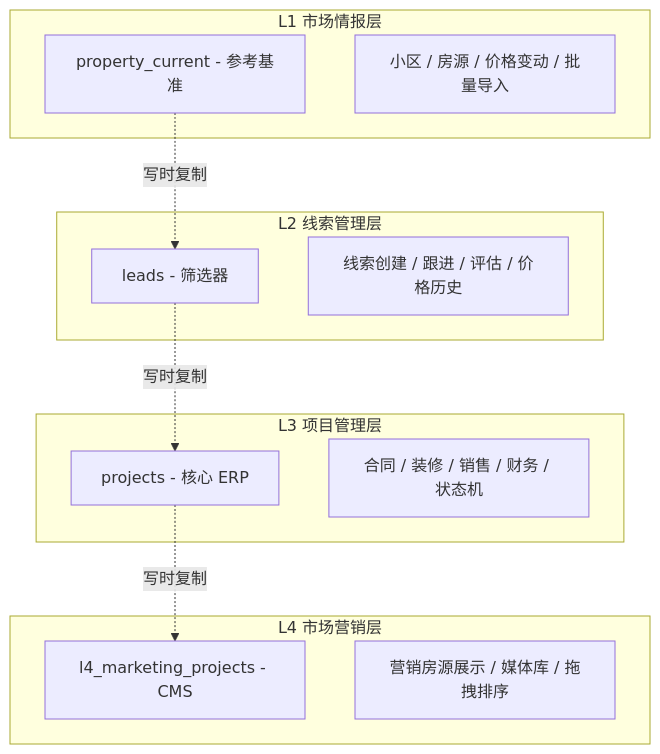
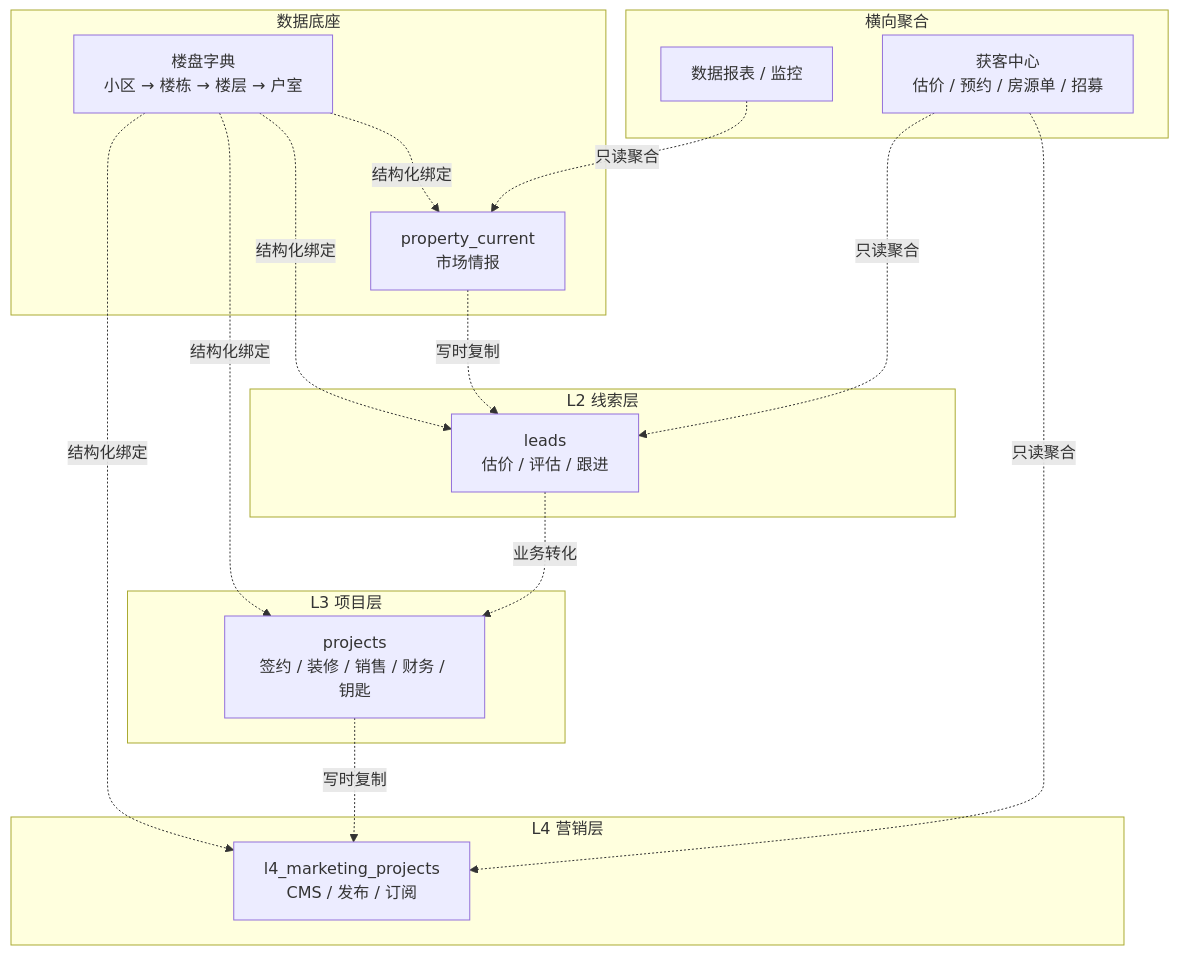
Before and after one commit to kakaoxy/profo: the third of 11 diagrams in README.md, drawn with Mermaid. The commit also changed other lines of this file, not shown here.

````diff
--- a/README.md
+++ b/README.md
@@ -163,23 +154,31 @@
 ```mermaid
 graph TB
-    subgraph "L4 市场营销层"
-        L4[l4_marketing_projects - CMS]
-        L4F[营销房源展示 / 媒体库 / 拖拽排序]
+    subgraph "数据底座"
+        BD[楼盘字典<br/>小区 → 楼栋 → 楼层 → 户室]
+        L1[property_current<br/>市场情报]
     end
-    subgraph "L3 项目管理层"
-        L3[projects - 核心 ERP]
-        L3F[合同 / 装修 / 销售 / 财务 / 状态机]
+    subgraph "L2 线索层"
+        L2[leads<br/>估价 / 评估 / 跟进]
     end
-    subgraph "L2 线索管理层"
-        L2[leads - 筛选器]
-        L2F[线索创建 / 跟进 / 评估 / 价格历史]
+    subgraph "L3 项目层"
+        L3[projects<br/>签约 / 装修 / 销售 / 财务 / 钥匙]
     end
-    subgraph "L1 市场情报层"
-        L1[property_current - 参考基准]
-        L1F[小区 / 房源 / 价格变动 / 批量导入]
+    subgraph "L4 营销层"
+        L4[l4_marketing_projects<br/>CMS / 发布 / 订阅]
+    end
+    subgraph "横向聚合"
+        GC[获客中心<br/>估价 / 预约 / 房源单 / 招募]
+        RP[数据报表 / 监控]
     end
 
+    BD -.->|结构化绑定| L1
+    BD -.->|结构化绑定| L2
+    BD -.->|结构化绑定| L3
+    BD -.->|结构化绑定| L4
     L1 -.->|写时复制| L2
-    L2 -.->|写时复制| L3
+    L2 -.->|业务转化| L3
     L3 -.->|写时复制| L4
+    GC -.->|只读聚合| L2
+    GC -.->|只读聚合| L4
+    RP -.->|只读聚合| L1
 ```
````
